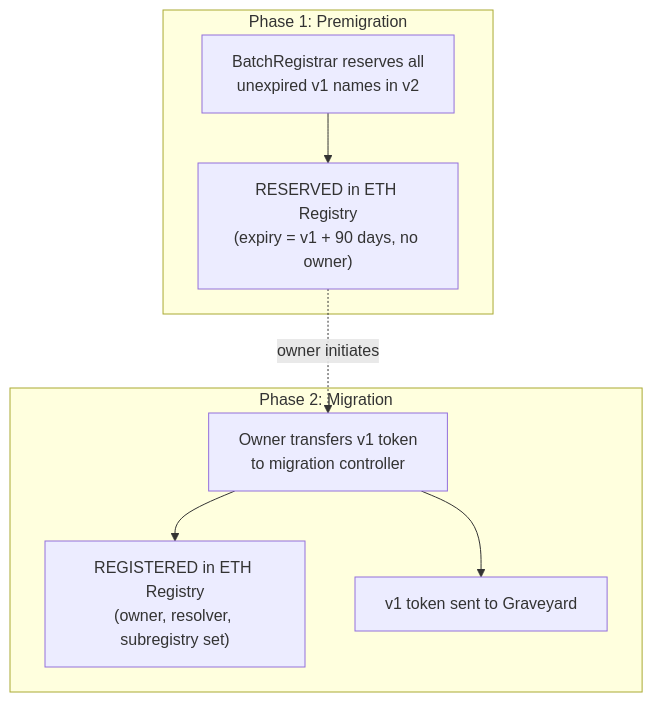
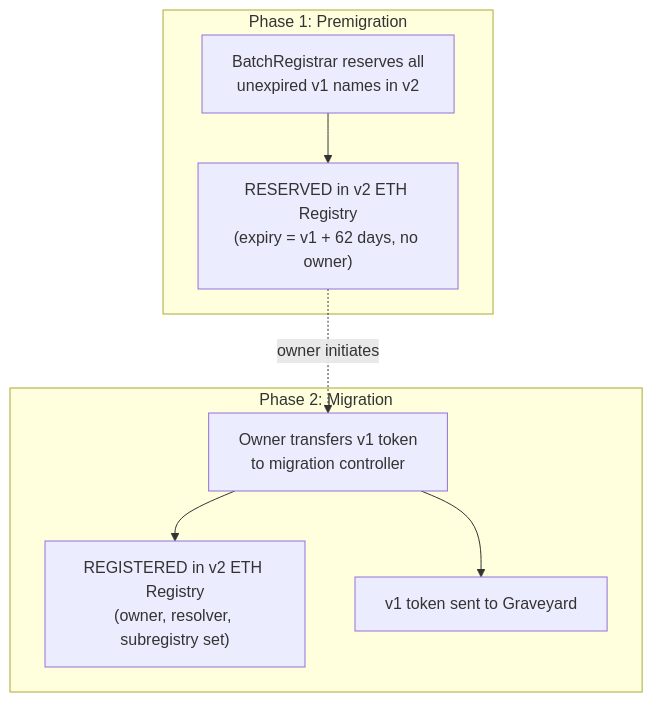
The diagram in src/pages/contracts/ensv2/migration.mdx (ensdomains/docs), drawn with Mermaid before and after one commit. The commit also changed other lines of this file, not shown here.

Commit message:
Fix migration page: correct BONUS_PERIOD (62 days, not 90), add time constants table, add v2 grace period (28 days), fix FrozenTokenApproval condition, clarify token receiver for locked 3LD+, update scenarios to match case study math

````diff
--- a/src/pages/contracts/ensv2/migration.mdx
+++ b/src/pages/contracts/ensv2/migration.mdx
@@ -21,18 +21,18 @@
 ```mermaid
 flowchart TB
     subgraph Phase 1: Premigration
         batch["BatchRegistrar reserves all\nunexpired v1 names in v2"]
-        reserved["RESERVED in ETH Registry\n(expiry = v1 + 90 days, no owner)"]
+        reserved["RESERVED in v2 ETH Registry\n(expiry = v1 + 62 days, no owner)"]
         batch --> reserved
     end
 
     subgraph Phase 2: Migration
         transfer["Owner transfers v1 token\nto migration controller"]
-        registered["REGISTERED in ETH Registry\n(owner, resolver, subregistry set)"]
+        registered["REGISTERED in v2 ETH Registry\n(owner, resolver, subregistry set)"]
         graveyard["v1 token sent to Graveyard"]
         transfer --> registered
         transfer --> graveyard
     end
 
     reserved -.->|"owner initiates"| transfer
 ```
````
